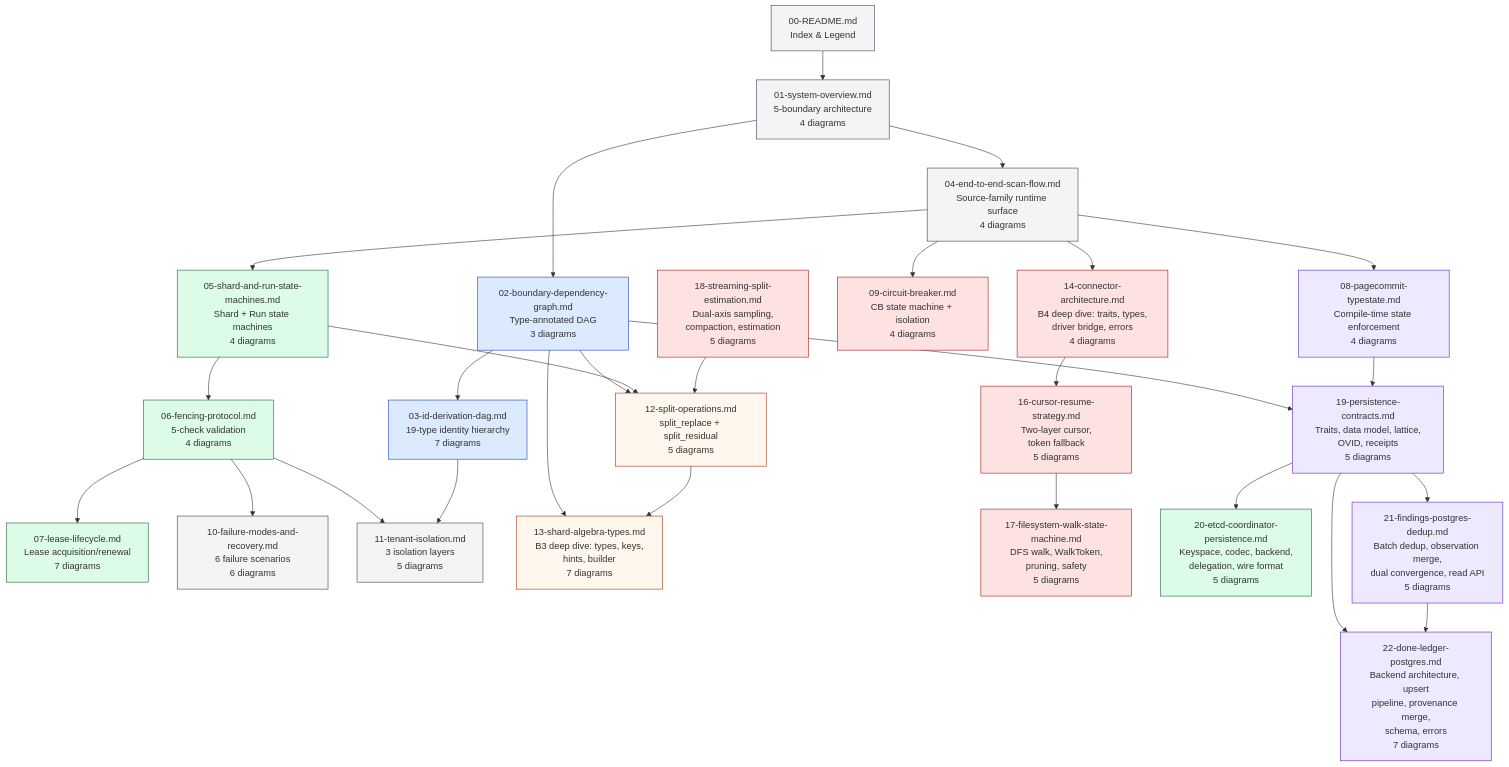
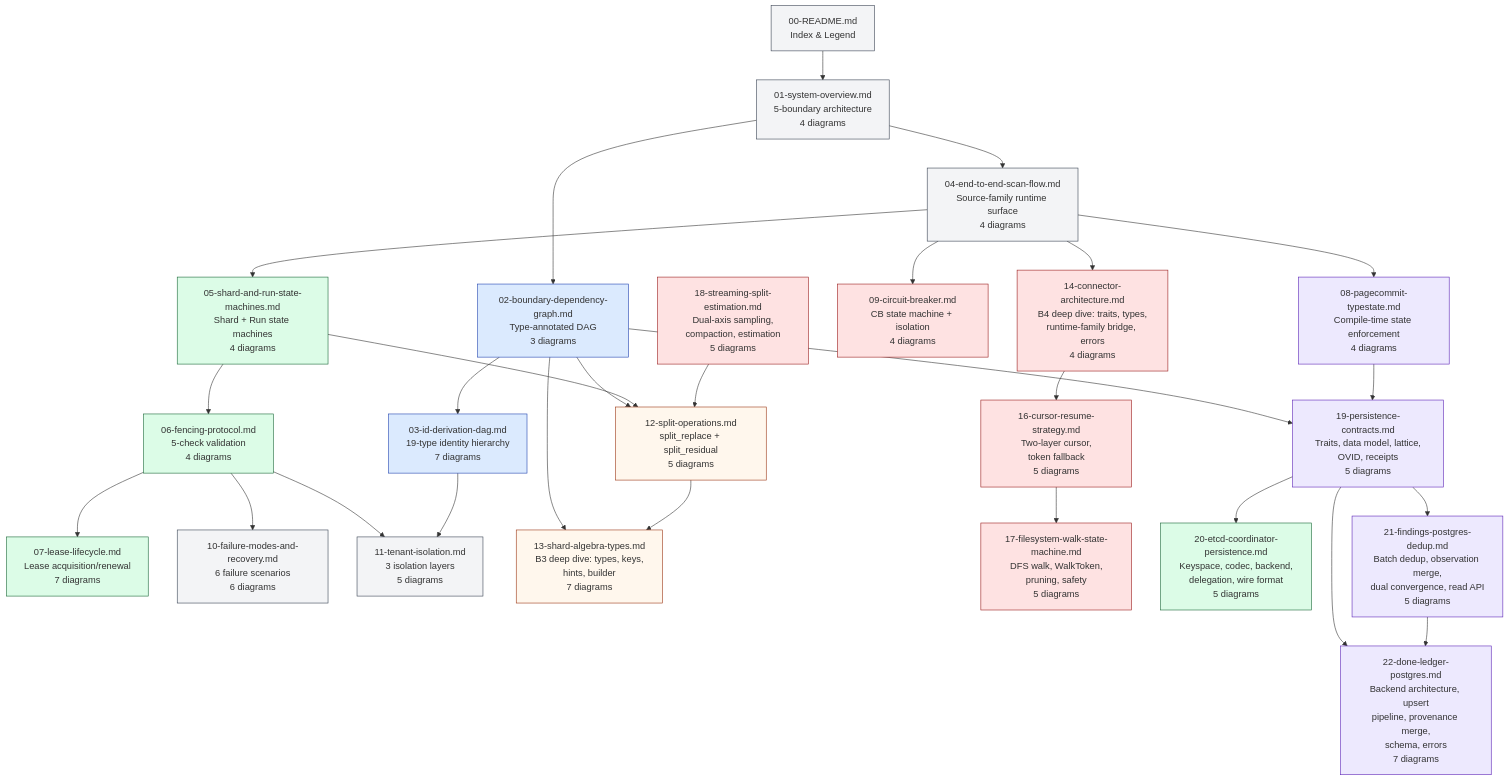
Before and after one commit to ahrav/Gossip-rs: the diagram in diagrams/00-README.md, drawn with Mermaid. The commit also changed other lines of this file and 3 other files, not shown here.

First line of the commit message:
Refactor: Update connector architecture documentation

````diff
--- a/diagrams/00-README.md
+++ b/diagrams/00-README.md
@@ -32,79 +32,79 @@
 ```mermaid
 %% Diagram: file-relationship-map
 graph TD
     R[00-README.md<br/>Index & Legend]
 
     SO[01-system-overview.md<br/>5-boundary architecture<br/>4 diagrams]
     BD[02-boundary-dependency-graph.md<br/>Type-annotated DAG<br/>3 diagrams]
     ID[03-id-derivation-dag.md<br/>19-type identity hierarchy<br/>7 diagrams]
     E2E[04-end-to-end-scan-flow.md<br/>Source-family runtime surface<br/>4 diagrams]
 
     SM[05-shard-and-run-state-machines.md<br/>Shard + Run state machines<br/>4 diagrams]
     FP[06-fencing-protocol.md<br/>5-check validation<br/>4 diagrams]
     LL[07-lease-lifecycle.md<br/>Lease acquisition/renewal<br/>7 diagrams]
     PC[08-pagecommit-typestate.md<br/>Compile-time state enforcement<br/>4 diagrams]
     CB[09-circuit-breaker.md<br/>CB state machine + isolation<br/>4 diagrams]
 
     FM[10-failure-modes-and-recovery.md<br/>6 failure scenarios<br/>6 diagrams]
     TI[11-tenant-isolation.md<br/>3 isolation layers<br/>5 diagrams]
     SP[12-split-operations.md<br/>split_replace + split_residual<br/>5 diagrams]
     SA[13-shard-algebra-types.md<br/>B3 deep dive: types, keys,<br/>hints, builder<br/>7 diagrams]
-    CA[14-connector-architecture.md<br/>B4 deep dive: traits, types,<br/>driver bridge, errors<br/>4 diagrams]
+    CA[14-connector-architecture.md<br/>B4 deep dive: traits, types,<br/>runtime-family bridge, errors<br/>4 diagrams]
     CR[16-cursor-resume-strategy.md<br/>Two-layer cursor,<br/>token fallback<br/>5 diagrams]
     FW[17-filesystem-walk-state-machine.md<br/>DFS walk, WalkToken,<br/>pruning, safety<br/>5 diagrams]
     SE[18-streaming-split-estimation.md<br/>Dual-axis sampling,<br/>compaction, estimation<br/>5 diagrams]
     PCC[19-persistence-contracts.md<br/>Traits, data model, lattice,<br/>OVID, receipts<br/>5 diagrams]
     ECP[20-etcd-coordinator-persistence.md<br/>Keyspace, codec, backend,<br/>delegation, wire format<br/>5 diagrams]
     FPD[21-findings-postgres-dedup.md<br/>Batch dedup, observation merge,<br/>dual convergence, read API<br/>5 diagrams]
     DLP[22-done-ledger-postgres.md<br/>Backend architecture, upsert<br/>pipeline, provenance merge,<br/>schema, errors<br/>7 diagrams]
 
     R --> SO
     SO --> BD
     SO --> E2E
     BD --> ID
     BD --> SP
     E2E --> SM
     SM --> FP
     FP --> LL
     E2E --> PC
     E2E --> CB
     SM --> SP
     FP --> FM
     FP --> TI
     ID --> TI
     BD --> SA
     SP --> SA
     E2E --> CA
     CA --> CR
     CR --> FW
     SE --> SP
     BD --> PCC
     PCC --> ECP
     PCC --> FPD
     PCC --> DLP
     FPD --> DLP
     PC --> PCC
 
     style R fill:#F3F4F6,stroke:#374151
     style SO fill:#F3F4F6,stroke:#374151
     style BD fill:#DBEAFE,stroke:#1E40AF
     style ID fill:#DBEAFE,stroke:#1E40AF
     style E2E fill:#F3F4F6,stroke:#374151
     style SM fill:#DCFCE7,stroke:#166534
     style FP fill:#DCFCE7,stroke:#166534
     style LL fill:#DCFCE7,stroke:#166534
     style PC fill:#EDE9FE,stroke:#5B21B6
     style CB fill:#FEE2E2,stroke:#991B1B
     style FM fill:#F3F4F6,stroke:#374151
     style TI fill:#F3F4F6,stroke:#374151
     style SP fill:#FFF7ED,stroke:#9A3412
     style SA fill:#FFF7ED,stroke:#9A3412
     style CA fill:#FEE2E2,stroke:#991B1B
     style CR fill:#FEE2E2,stroke:#991B1B
     style FW fill:#FEE2E2,stroke:#991B1B
     style SE fill:#FEE2E2,stroke:#991B1B
     style PCC fill:#EDE9FE,stroke:#5B21B6
     style ECP fill:#DCFCE7,stroke:#166534
     style FPD fill:#EDE9FE,stroke:#5B21B6
     style DLP fill:#EDE9FE,stroke:#5B21B6
 ```
````
